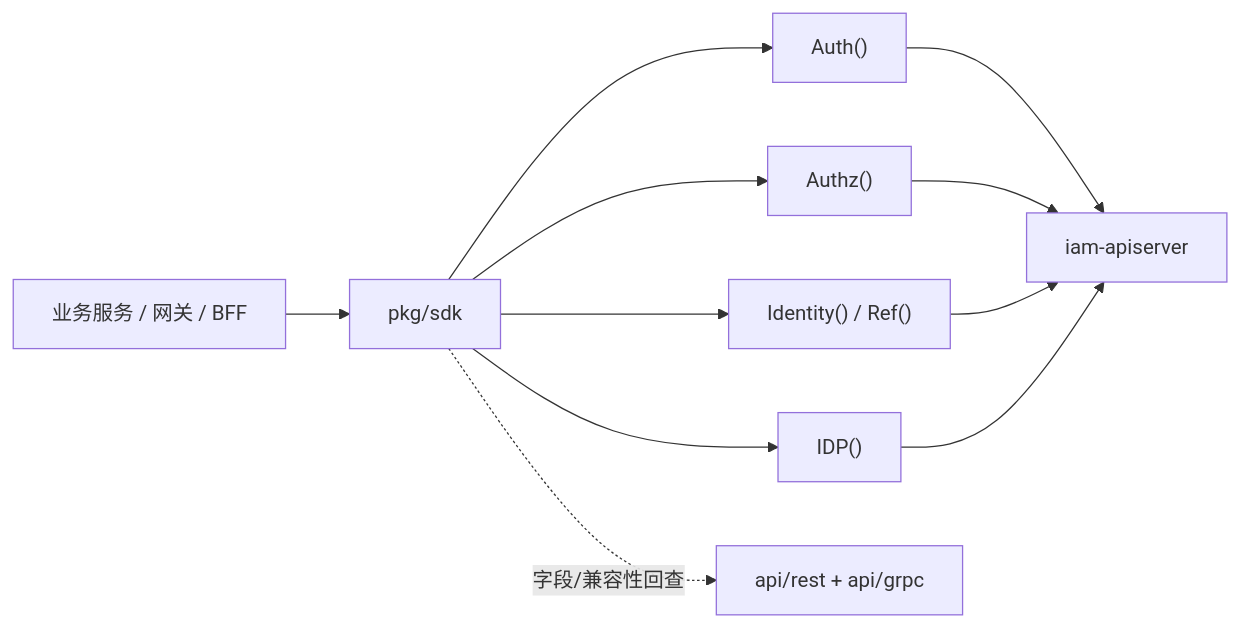
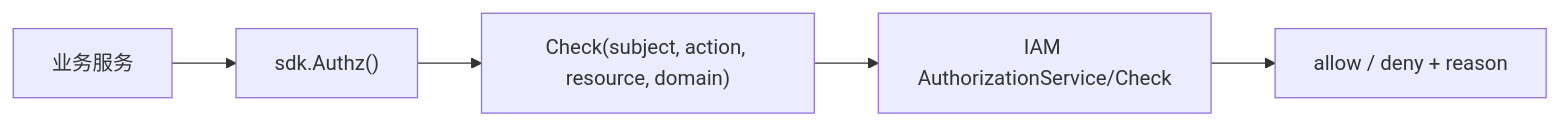
Before and after one commit to FangcunMount/iam: the fifth of 6 diagrams in docs/05-专题分析/07-SDK封装与接入价值.md, drawn with Mermaid. The commit also changed other lines of this file and 61 other files, not shown here.

````diff
--- a/docs/05-专题分析/07-SDK封装与接入价值.md
+++ b/docs/05-专题分析/07-SDK封装与接入价值.md
@@ -49,13 +158,7 @@
 ```mermaid
 flowchart LR
-    Biz["业务服务 / 网关 / BFF"] --> SDK["pkg/sdk"]
-    SDK --> Auth["Auth()"]
-    SDK --> Authz["Authz()"]
-    SDK --> Identity["Identity() / Ref()"]
-    SDK --> IDP["IDP()"]
-    Auth --> IAM["iam-apiserver"]
-    Authz --> IAM
-    Identity --> IAM
-    IDP --> IAM
-    SDK -.字段/兼容性回查.-> Contract["api/rest + api/grpc"]
+    Caller["业务服务"] --> SDK["sdk.Authz()"]
+    SDK --> Check["Check(subject, action, resource, domain)"]
+    Check --> PDP["IAM AuthorizationService/Check"]
+    PDP --> Decision["allow / deny + reason"]
 ```
````
